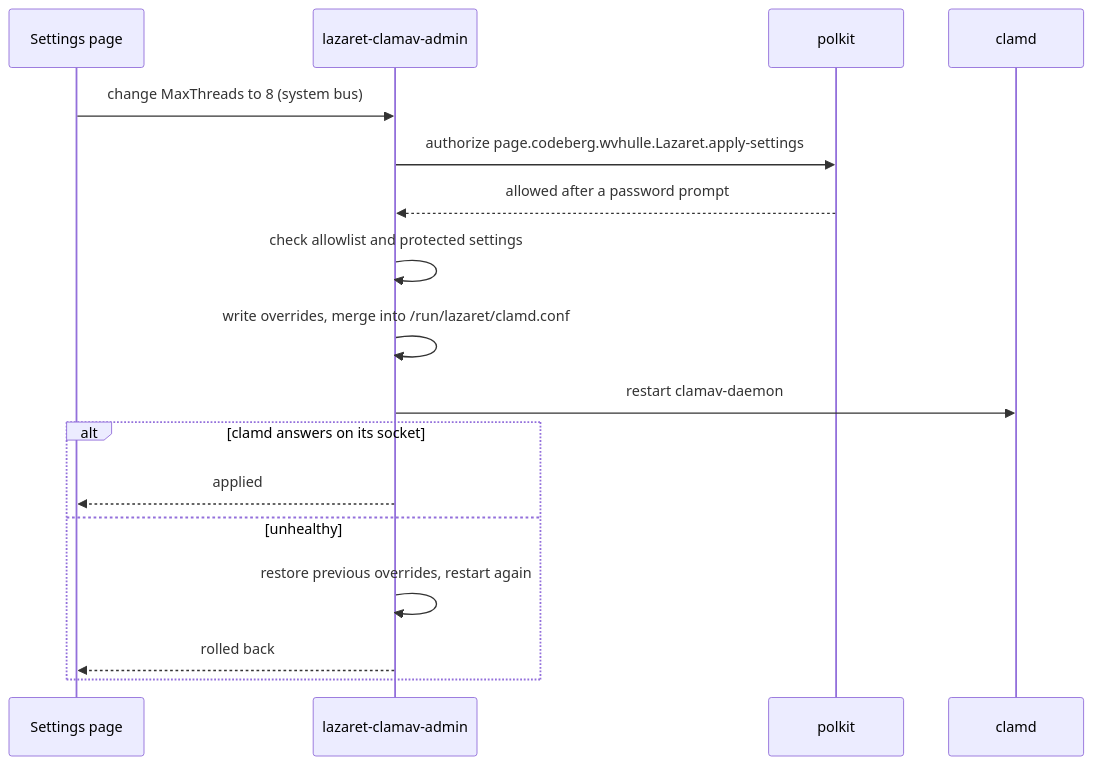
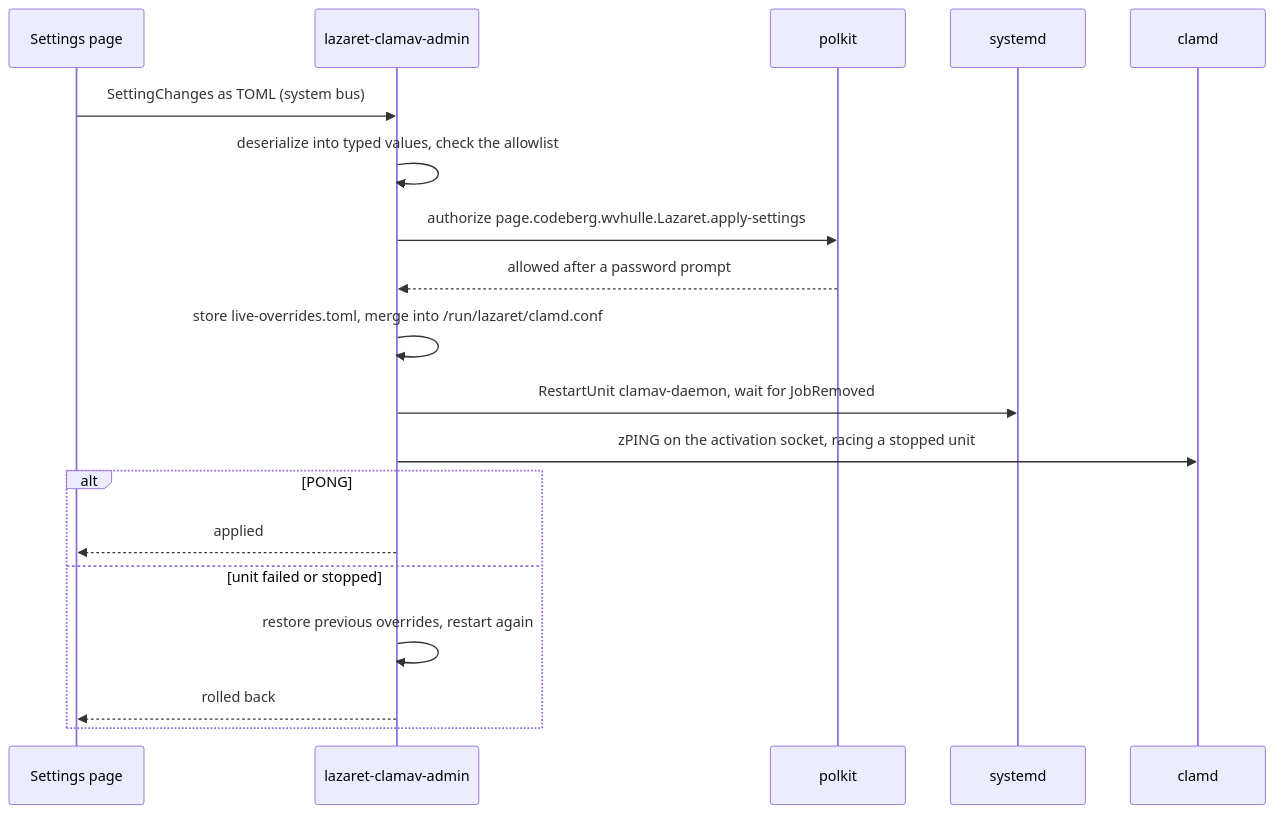
Before and after one commit to wvhulle/clamui: the fourth of 8 diagrams in docs/architecture.md, drawn with Mermaid. The commit also changed other lines of this file and 65 other files, not shown here.

Commit message:
feat(live-tuning): store typed runtime overrides that expire when they reduce protection

````diff
--- a/docs/architecture.md
+++ b/docs/architecture.md
@@ -110,20 +110,22 @@
 ```mermaid
 sequenceDiagram
     participant Settings as Settings page
     participant AdminService as lazaret-clamav-admin
     participant Polkit as polkit
+    participant Systemd as systemd
     participant Clamd as clamd
 
-    Settings->>AdminService: change MaxThreads to 8 (system bus)
+    Settings->>AdminService: SettingChanges as TOML (system bus)
+    AdminService->>AdminService: deserialize into typed values, check the allowlist
     AdminService->>Polkit: authorize page.codeberg.wvhulle.Lazaret.apply-settings
     Polkit-->>AdminService: allowed after a password prompt
-    AdminService->>AdminService: check allowlist and protected settings
-    AdminService->>AdminService: write overrides, merge into /run/lazaret/clamd.conf
-    AdminService->>Clamd: restart clamav-daemon
-    alt clamd answers on its socket
+    AdminService->>AdminService: store live-overrides.toml, merge into /run/lazaret/clamd.conf
+    AdminService->>Systemd: RestartUnit clamav-daemon, wait for JobRemoved
+    AdminService->>Clamd: zPING on the activation socket, racing a stopped unit
+    alt PONG
         AdminService-->>Settings: applied
-    else unhealthy
+    else unit failed or stopped
         AdminService->>AdminService: restore previous overrides, restart again
         AdminService-->>Settings: rolled back
     end
 ```
````
